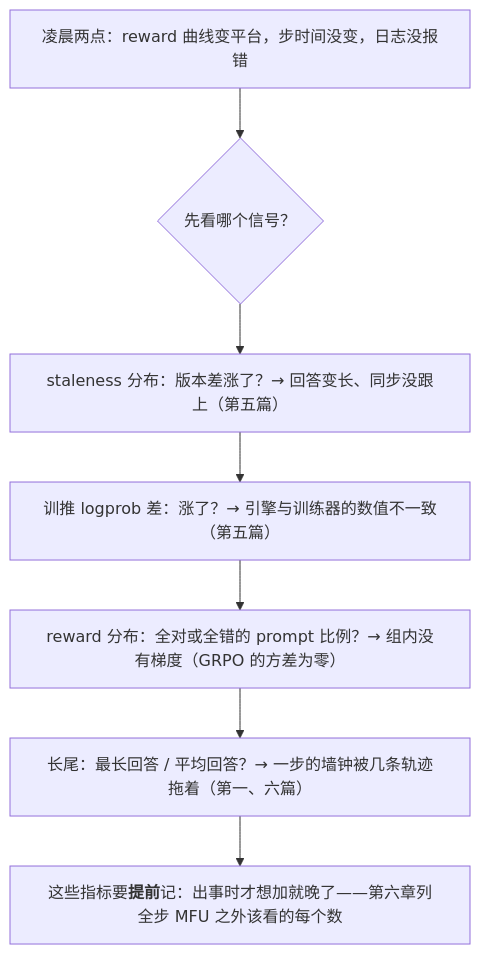
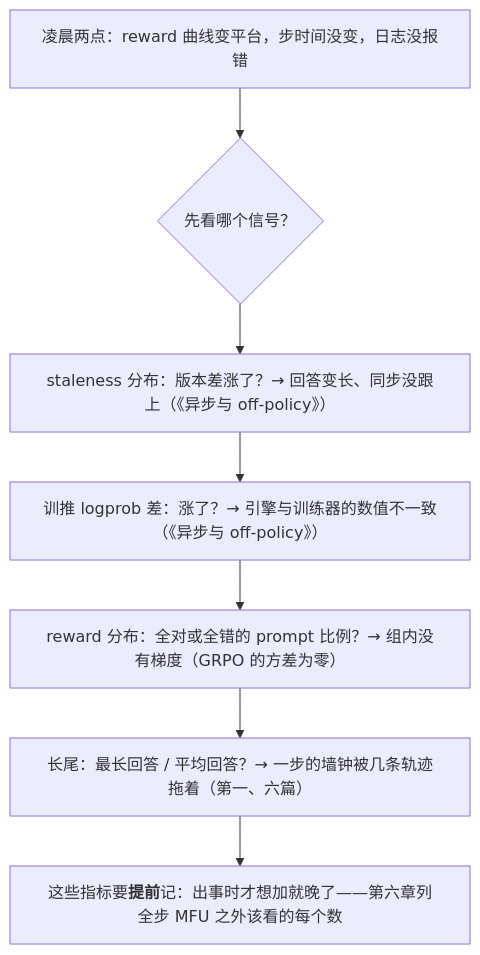
The first of 2 diagrams in _posts/2026-09-03-rl-post-training-configuration-observability-and-troubleshooting.md (arganzheng/arganzheng.github.com), drawn with Mermaid before and after one commit. The commit also changed other lines of this file, not shown here.

````diff
--- a/_posts/2026-09-03-rl-post-training-configuration-observability-and-troubleshooting.md
+++ b/_posts/2026-09-03-rl-post-training-configuration-observability-and-troubleshooting.md
@@ -23,12 +30,11 @@
 ```mermaid
+%%{init: {"flowchart": {"wrappingWidth": 400}}}%%
 %% 图：reward 曲线变平台时先看的四个信号
-%%{init: {"flowchart": {"wrappingWidth": 400}}}%%
 flowchart TB
     A["凌晨两点：reward 曲线变平台，步时间没变，日志没报错"] --> Q{"先看哪个信号？"}
-    Q --> S1["staleness 分布：版本差涨了？→ 回答变长、同步没跟上（第五篇）"]
-    S1 --> S2["训推 logprob 差：涨了？→ 引擎与训练器的数值不一致（第五篇）"]
+    Q --> S1["staleness 分布：版本差涨了？→ 回答变长、同步没跟上（《异步与 off-policy》）"]
+    S1 --> S2["训推 logprob 差：涨了？→ 引擎与训练器的数值不一致（《异步与 off-policy》）"]
     S2 --> S3["reward 分布：全对或全错的 prompt 比例？→ 组内没有梯度（GRPO 的方差为零）"]
     S3 --> S4["长尾：最长回答 / 平均回答？→ 一步的墙钟被几条轨迹拖着（第一、六篇）"]
     S4 --> D["这些指标要<b>提前</b>记：出事时才想加就晚了——第六章列全步 MFU 之外该看的每个数"]
-
 ```
````
